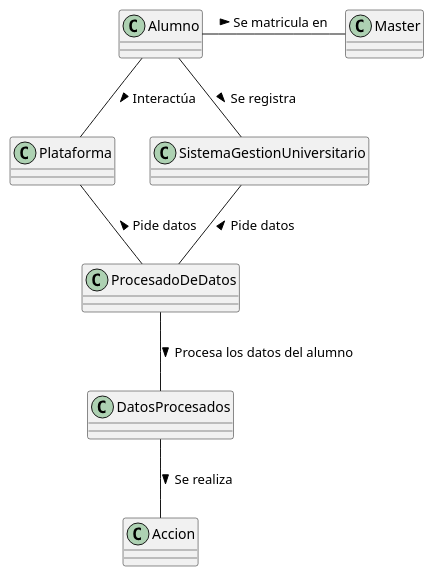
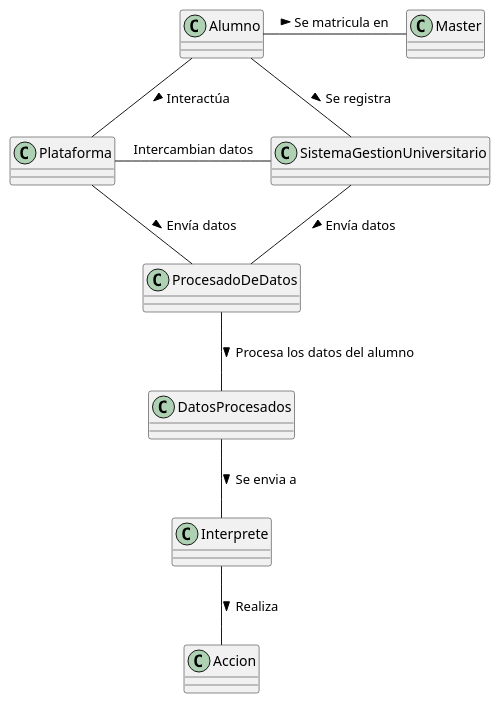
The diagram in 000-entregas/Grupo1/Clases_v2.puml (mmasias/IdSw1-22-23), drawn with PlantUML before and after one commit.

```diff
--- a/000-entregas/Grupo1/Clases_v2.puml
+++ b/000-entregas/Grupo1/Clases_v2.puml
@@ -1,16 +1,19 @@
 @startuml Clases
 
 Alumno -r- Master : Se matricula en >
 Alumno -- Plataforma : Interactúa > 
 Alumno -d- SistemaGestionUniversitario : Se registra >
 
 
 ProcesadoDeDatos -- DatosProcesados : Procesa los datos del alumno >
 
+Plataforma -r- SistemaGestionUniversitario : Intercambian datos 
 
-SistemaGestionUniversitario -- ProcesadoDeDatos : Pide datos <
-Plataforma -- ProcesadoDeDatos : Pide datos <
+SistemaGestionUniversitario -- ProcesadoDeDatos : Envía datos >
+Plataforma -- ProcesadoDeDatos : Envía datos >
 
-DatosProcesados -- Accion : Se realiza >
+DatosProcesados -- Interprete : Se envia a >
+
+Interprete -- Accion : Realiza >
 
 @enduml
```
